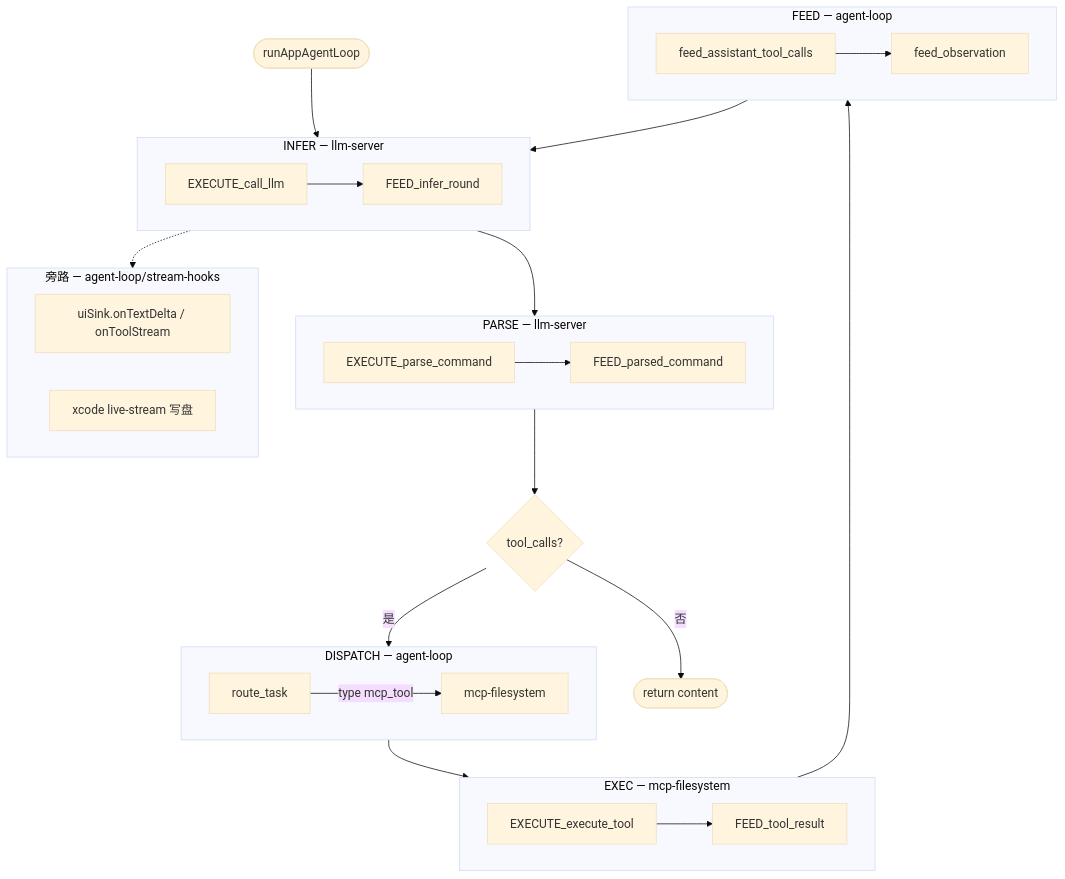
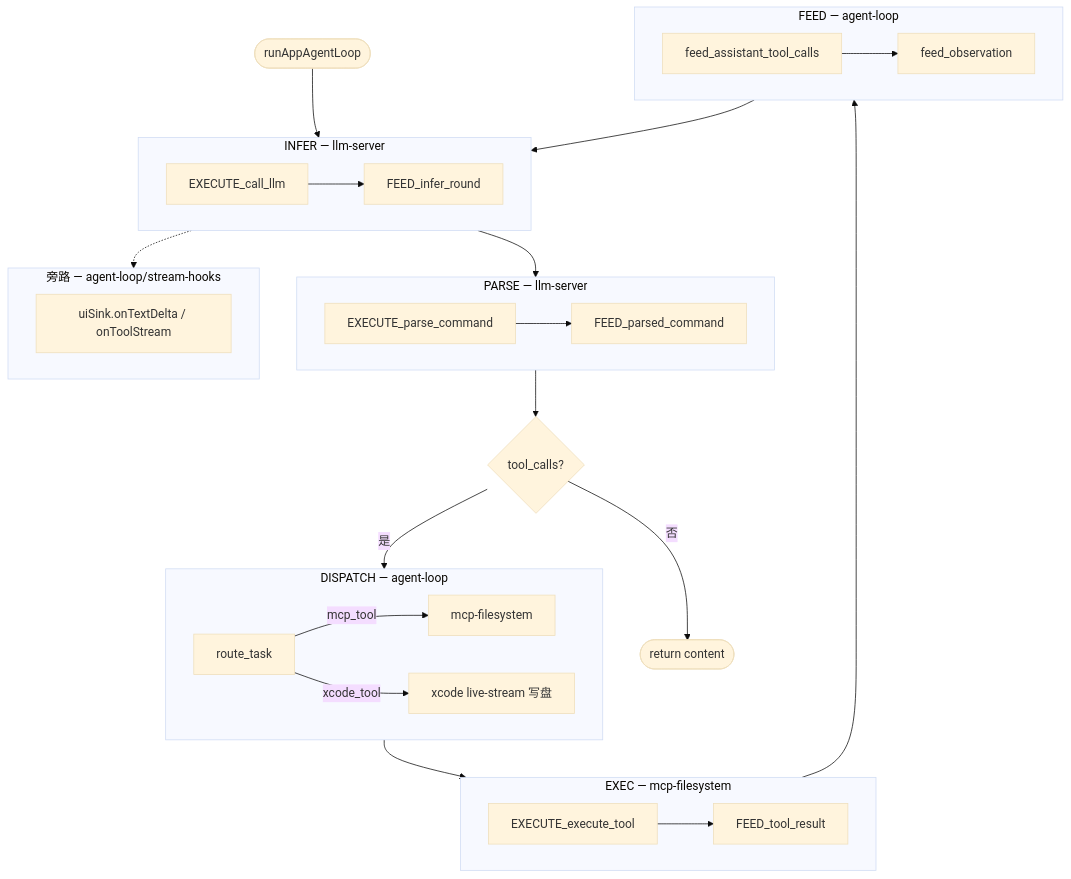
One commit to SCSHICHUAN/Pecado changed the fourth of 5 diagrams in README.md. Above: the diagram before and after it, drawn with Mermaid (base theme). The commit also changed other lines of this file and 6 other files, not shown here.

````diff
--- a/README.md
+++ b/README.md
@@ -402,52 +493,53 @@
 ```mermaid
 flowchart TB
   START([runAppAgentLoop]) --> INFER
 
   subgraph INFER [INFER — llm-server]
     E1[EXECUTE_call_llm]
     F1[FEED_infer_round]
     E1 --> F1
   end
 
   INFER --> PARSE
 
   subgraph PARSE [PARSE — llm-server]
     E2[EXECUTE_parse_command]
     F2[FEED_parsed_command]
     E2 --> F2
   end
 
   PARSE --> DEC{tool_calls?}
   DEC -->|否| DONE([return content])
   DEC -->|是| DISPATCH
 
   subgraph DISPATCH [DISPATCH — agent-loop]
     RT[route_task]
-    RT -->|type mcp_tool| MOD[mcp-filesystem]
+    RT -->|mcp_tool| MOD[mcp-filesystem]
+    RT -->|xcode_tool| XC[xcode]
   end
 
   DISPATCH --> EXEC
 
   subgraph EXEC [EXEC — mcp-filesystem]
     E3[EXECUTE_execute_tool]
     F3[FEED_tool_result]
     E3 --> F3
   end
 
   EXEC --> FEED
 
   subgraph FEED [FEED — agent-loop]
     FA[feed_assistant_tool_calls]
     FO[feed_observation]
     FA --> FO
   end
 
   FEED --> INFER
 
   subgraph SIDE [旁路 — agent-loop/stream-hooks]
     UI[uiSink.onTextDelta / onToolStream]
     XC[xcode live-stream 写盘]
   end
 
   INFER -.-> SIDE
 ```
````
